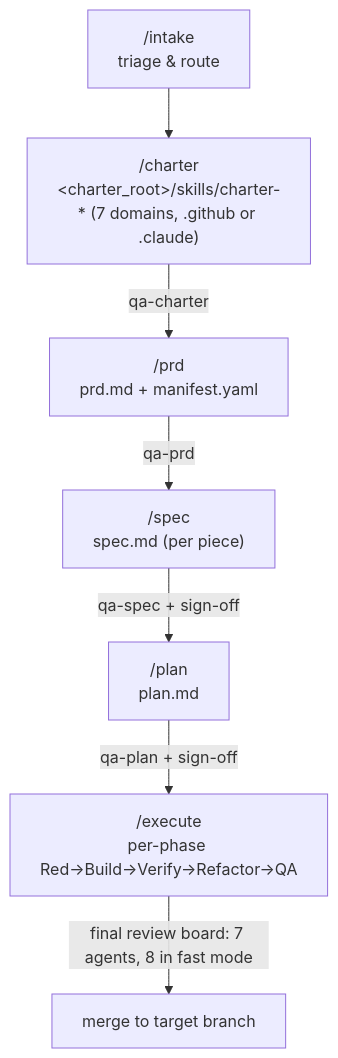
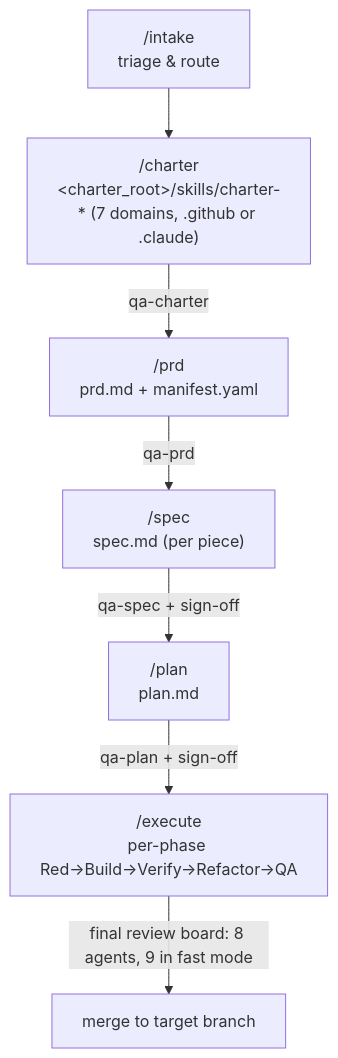
Before and after one commit to jmontanari/ai-plugins: the diagram in plugins/spec-flow/docs/userguide/README.md, drawn with Mermaid. The commit also changed 46 other files, not shown here.

First line of the commit message:
piece/shared-pi-014-integ-tests: spec-flow 4.12.0 — integration tests as a first-class pipeline primitive + Area K process-enforcement

````diff
--- a/plugins/spec-flow/docs/userguide/README.md
+++ b/plugins/spec-flow/docs/userguide/README.md
@@ -71,9 +71,9 @@
 ```mermaid
 flowchart TD
     intake["/intake<br/>triage &amp; route"] --> charter["/charter<br/>&lt;charter_root&gt;/skills/charter-* (7 domains, .github or .claude)"]
     charter -->|qa-charter| prd["/prd<br/>prd.md + manifest.yaml"]
     prd -->|qa-prd| spec["/spec<br/>spec.md (per piece)"]
     spec -->|qa-spec + sign-off| plan["/plan<br/>plan.md"]
     plan -->|qa-plan + sign-off| execute["/execute<br/>per-phase Red→Build→Verify→Refactor→QA"]
-    execute -->|final review board: 7 agents, 8 in fast mode| merge["merge to target branch"]
+    execute -->|final review board: 8 agents, 9 in fast mode| merge["merge to target branch"]
 ```
````
